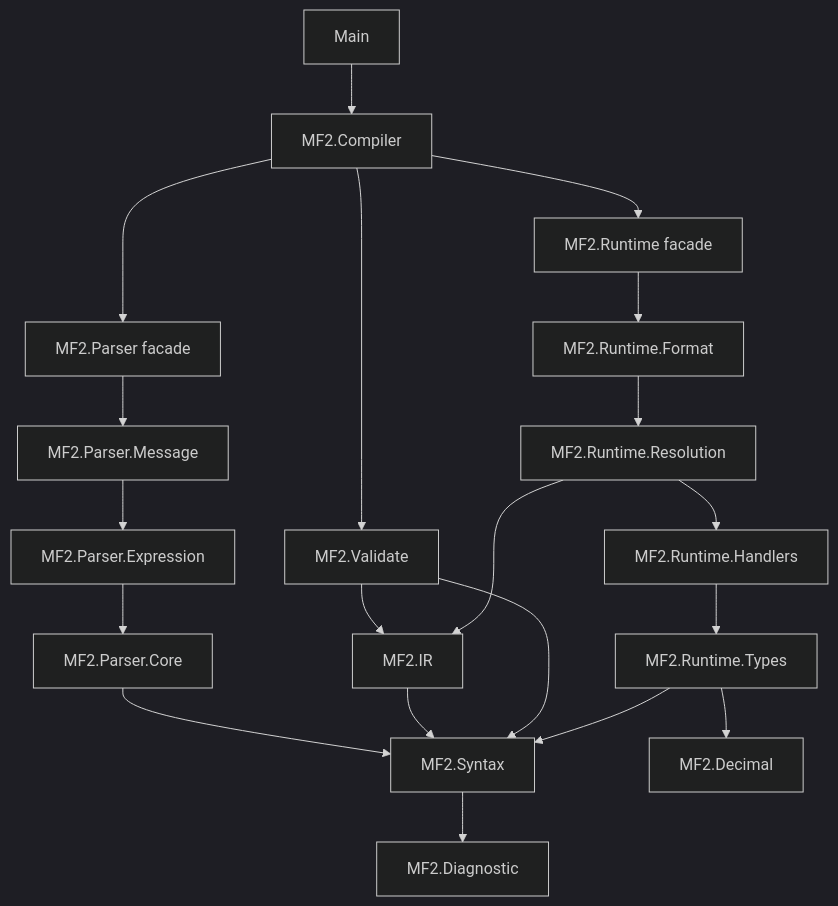
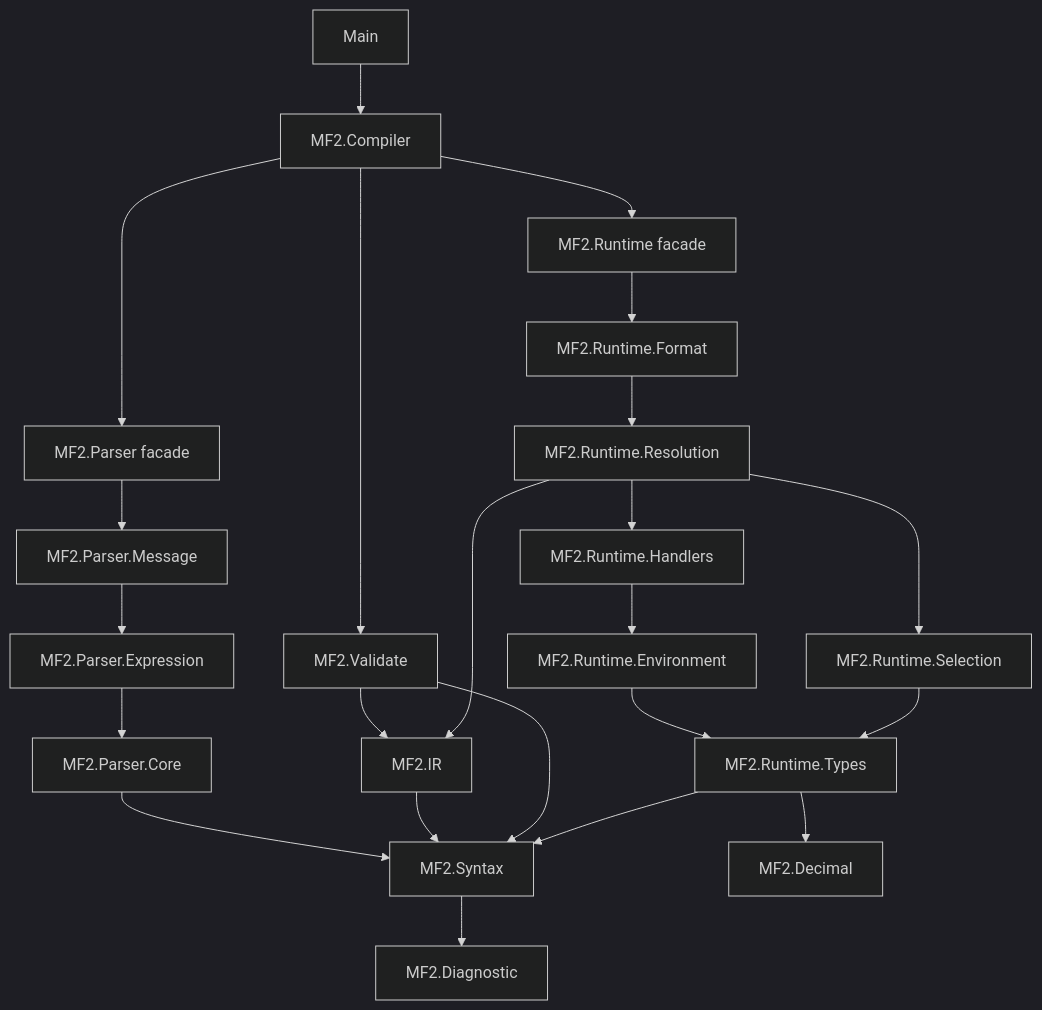
The diagram in docs/architecture.md (ubugeeei/learn-mf2), drawn with Mermaid (dark theme) before and after one commit. The commit also changed 49 other files, not shown here.

````diff
--- a/docs/architecture.md
+++ b/docs/architecture.md
@@ -5,39 +5,44 @@
 ```mermaid
 flowchart TD
   diagnostic["MF2.Diagnostic"]
   syntax["MF2.Syntax"]
   parserCore["MF2.Parser.Core"]
   parserExpr["MF2.Parser.Expression"]
   parserMessage["MF2.Parser.Message"]
   parser["MF2.Parser facade"]
   ir["MF2.IR"]
   validate["MF2.Validate"]
   decimal["MF2.Decimal"]
   runtimeTypes["MF2.Runtime.Types"]
+  runtimeEnvironment["MF2.Runtime.Environment"]
   runtimeHandlers["MF2.Runtime.Handlers"]
+  runtimeSelection["MF2.Runtime.Selection"]
   runtimeResolution["MF2.Runtime.Resolution"]
   runtimeFormat["MF2.Runtime.Format"]
   runtime["MF2.Runtime facade"]
   compiler["MF2.Compiler"]
   cli["Main"]
 
   syntax --> diagnostic
   parserCore --> syntax
   parserExpr --> parserCore
   parserMessage --> parserExpr
   parser --> parserMessage
   ir --> syntax
   validate --> ir
   validate --> syntax
   runtimeTypes --> decimal
   runtimeTypes --> syntax
-  runtimeHandlers --> runtimeTypes
+  runtimeEnvironment --> runtimeTypes
+  runtimeHandlers --> runtimeEnvironment
+  runtimeSelection --> runtimeTypes
   runtimeResolution --> runtimeHandlers
+  runtimeResolution --> runtimeSelection
   runtimeResolution --> ir
   runtimeFormat --> runtimeResolution
   runtime --> runtimeFormat
   compiler --> parser
   compiler --> validate
   compiler --> runtime
   cli --> compiler
 ```
````
